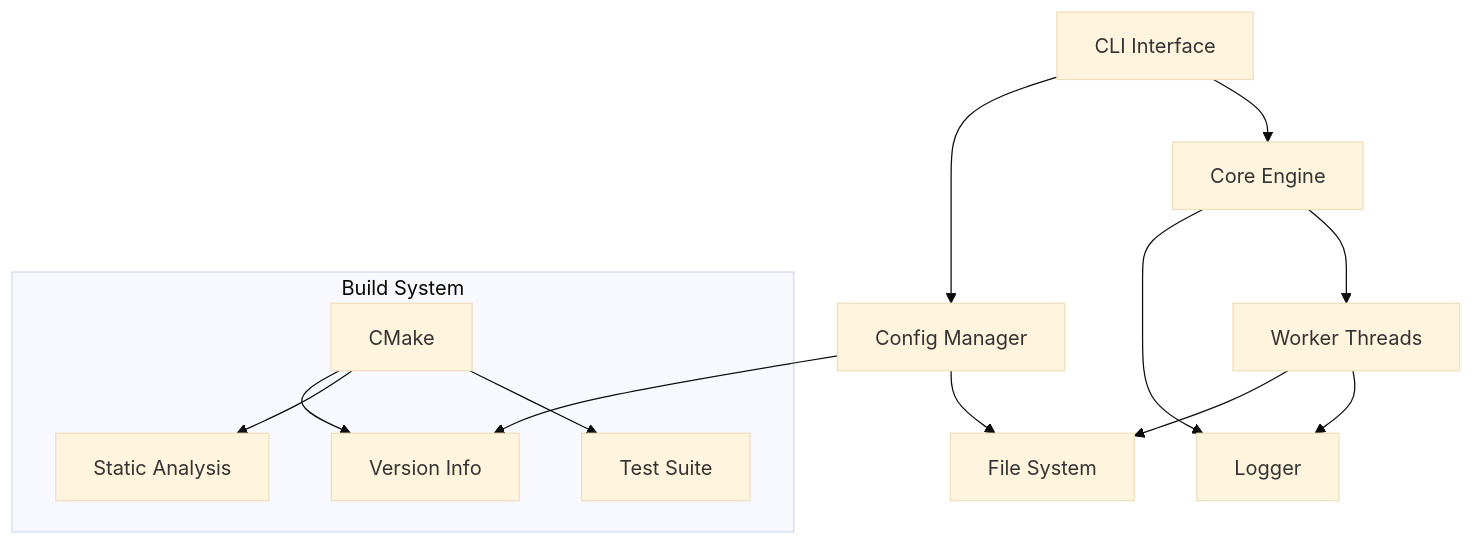
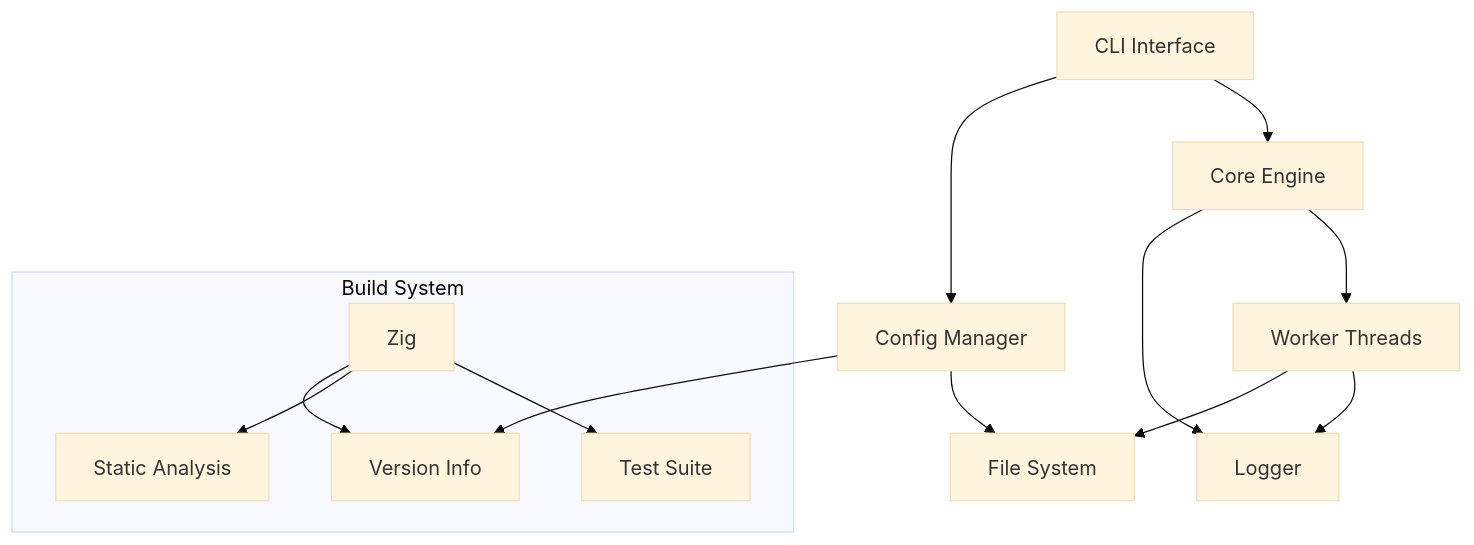
The first of 3 diagrams in docs/architecture.md (krakjn/timbre), drawn with Mermaid (base theme) before and after one commit. The commit also changed other lines of this file and 23 other files, not shown here.

````diff
--- a/docs/architecture.md
+++ b/docs/architecture.md
@@ -8,20 +8,20 @@
 ```mermaid
 graph TB
     CLI[CLI Interface] --> Config[Config Manager]
     CLI --> Core[Core Engine]
     
     Config --> FileSystem[File System]
     Config --> Version[Version Info]
     
     Core --> Log[Logger]
     Core --> Worker[Worker Threads]
     
     Worker --> FileSystem
     Worker --> Log
     
     subgraph Build System
-        CMake --> Version
-        CMake --> Static[Static Analysis]
-        CMake --> Tests[Test Suite]
+        Zig --> Version
+        Zig --> Static[Static Analysis]
+        Zig --> Tests[Test Suite]
     end
 ```
````
